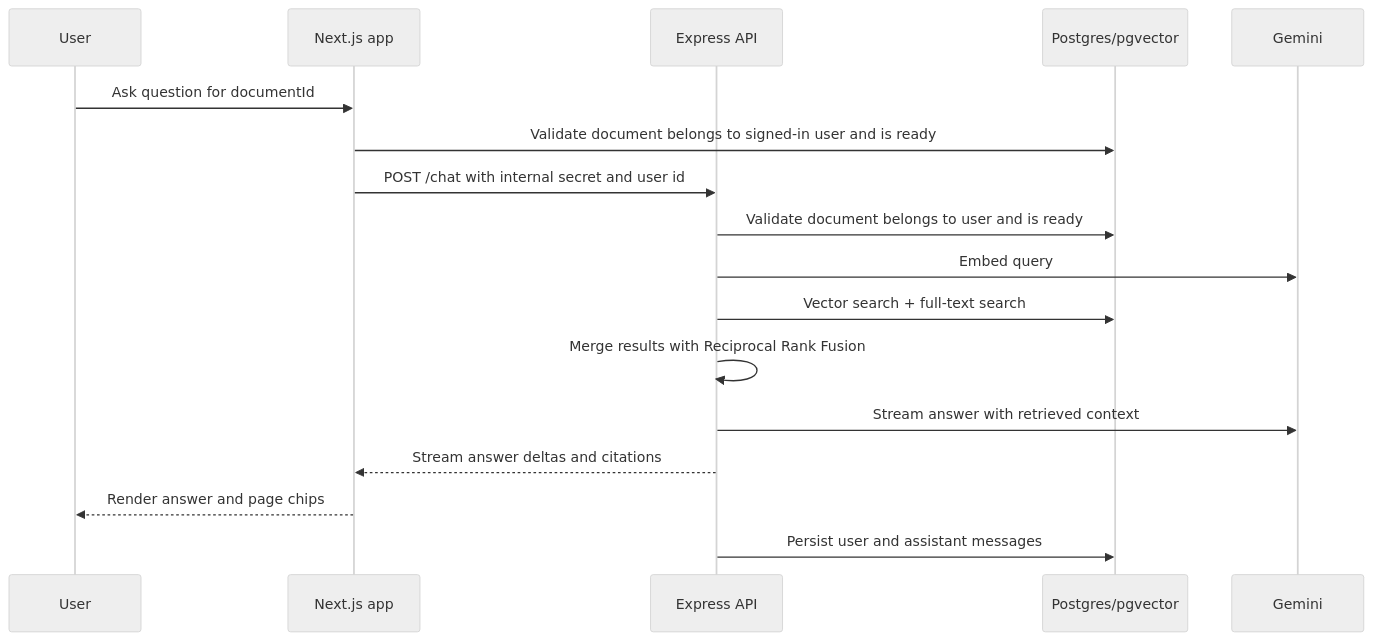
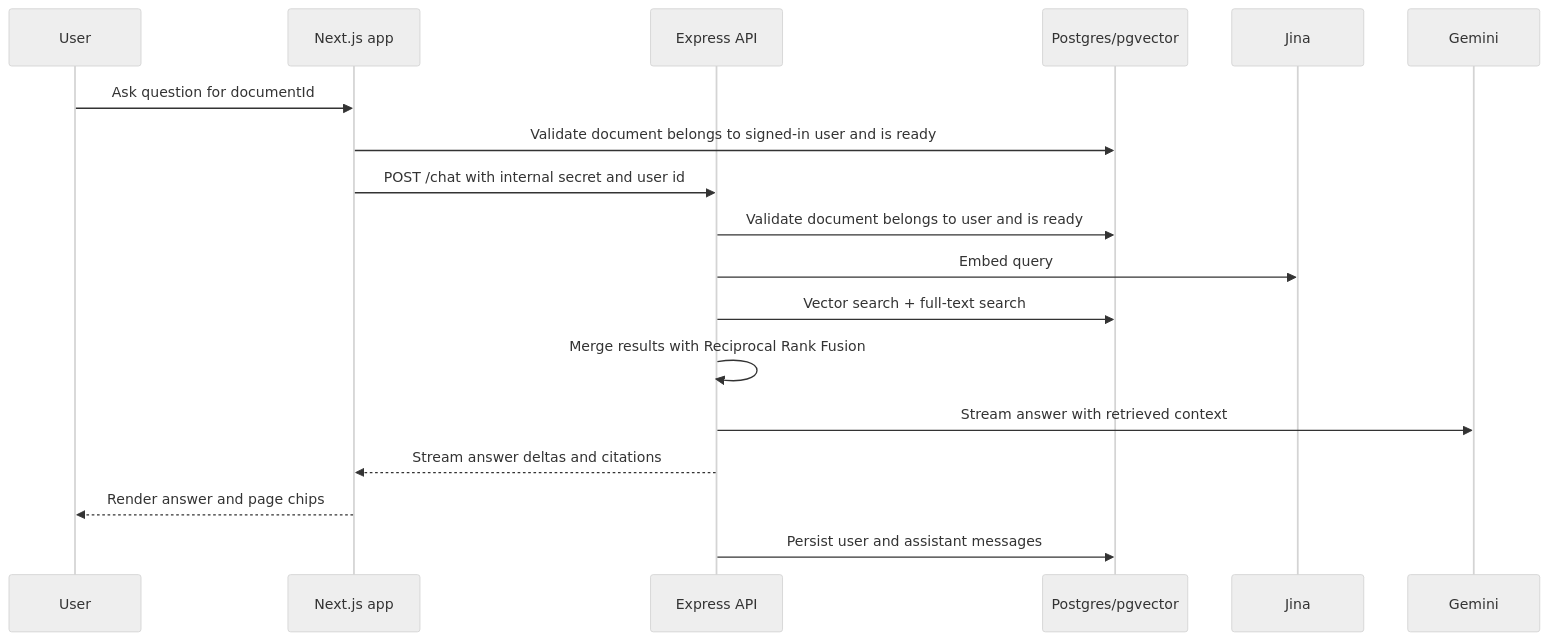
Before and after one commit to 12Mishra/cortex: the third of 3 diagrams in README.md, drawn with Mermaid (neutral theme). The commit also changed other lines of this file and 43 other files, not shown here.

````diff
--- a/README.md
+++ b/README.md
@@ -114,20 +121,21 @@
 ```mermaid
 sequenceDiagram
   participant User
   participant Web as Next.js app
   participant API as Express API
   participant DB as Postgres/pgvector
+  participant Jina
   participant Gemini
 
   User->>Web: Ask question for documentId
   Web->>DB: Validate document belongs to signed-in user and is ready
   Web->>API: POST /chat with internal secret and user id
   API->>DB: Validate document belongs to user and is ready
-  API->>Gemini: Embed query
+  API->>Jina: Embed query
   API->>DB: Vector search + full-text search
   API->>API: Merge results with Reciprocal Rank Fusion
   API->>Gemini: Stream answer with retrieved context
   API-->>Web: Stream answer deltas and citations
   Web-->>User: Render answer and page chips
   API->>DB: Persist user and assistant messages
 ```
````
